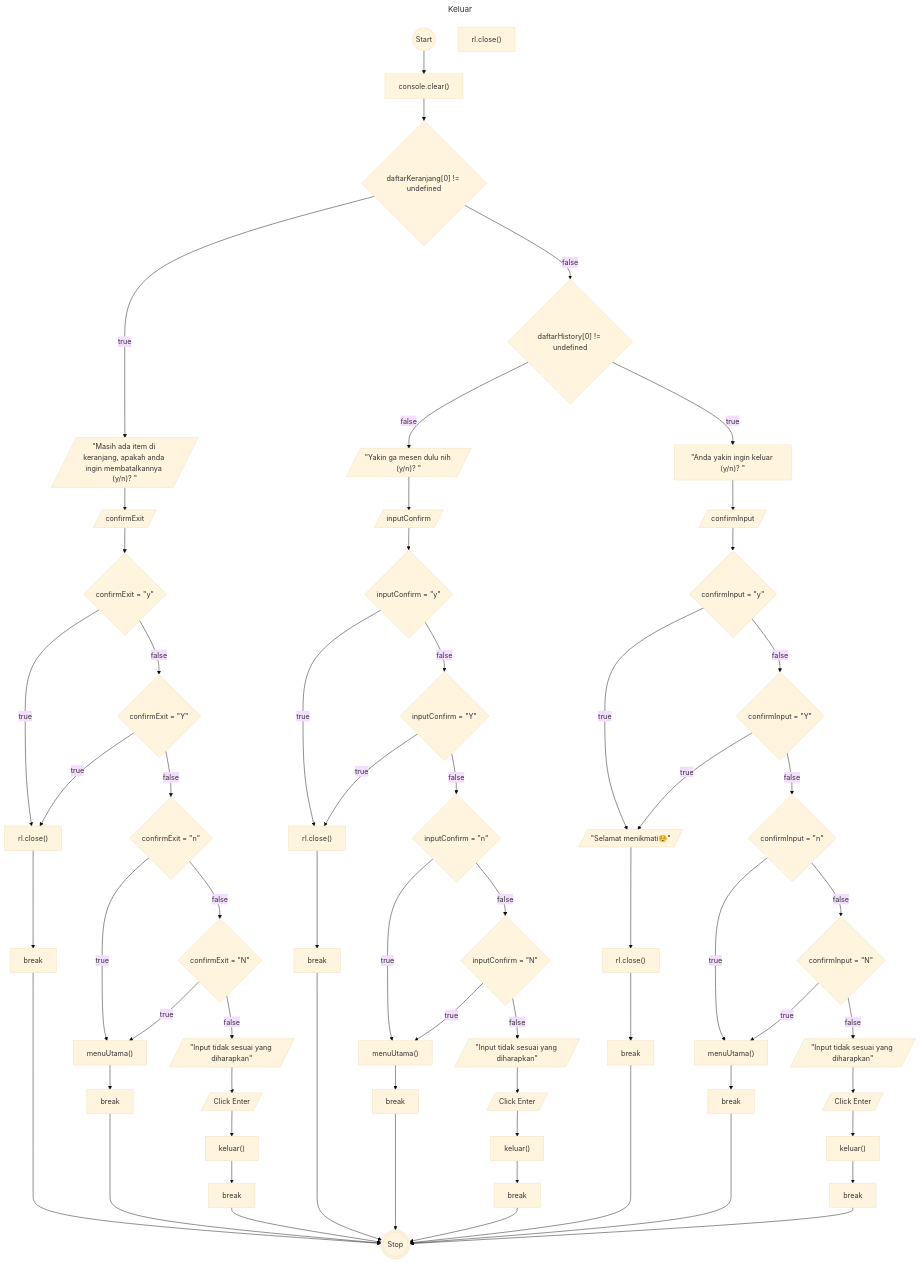
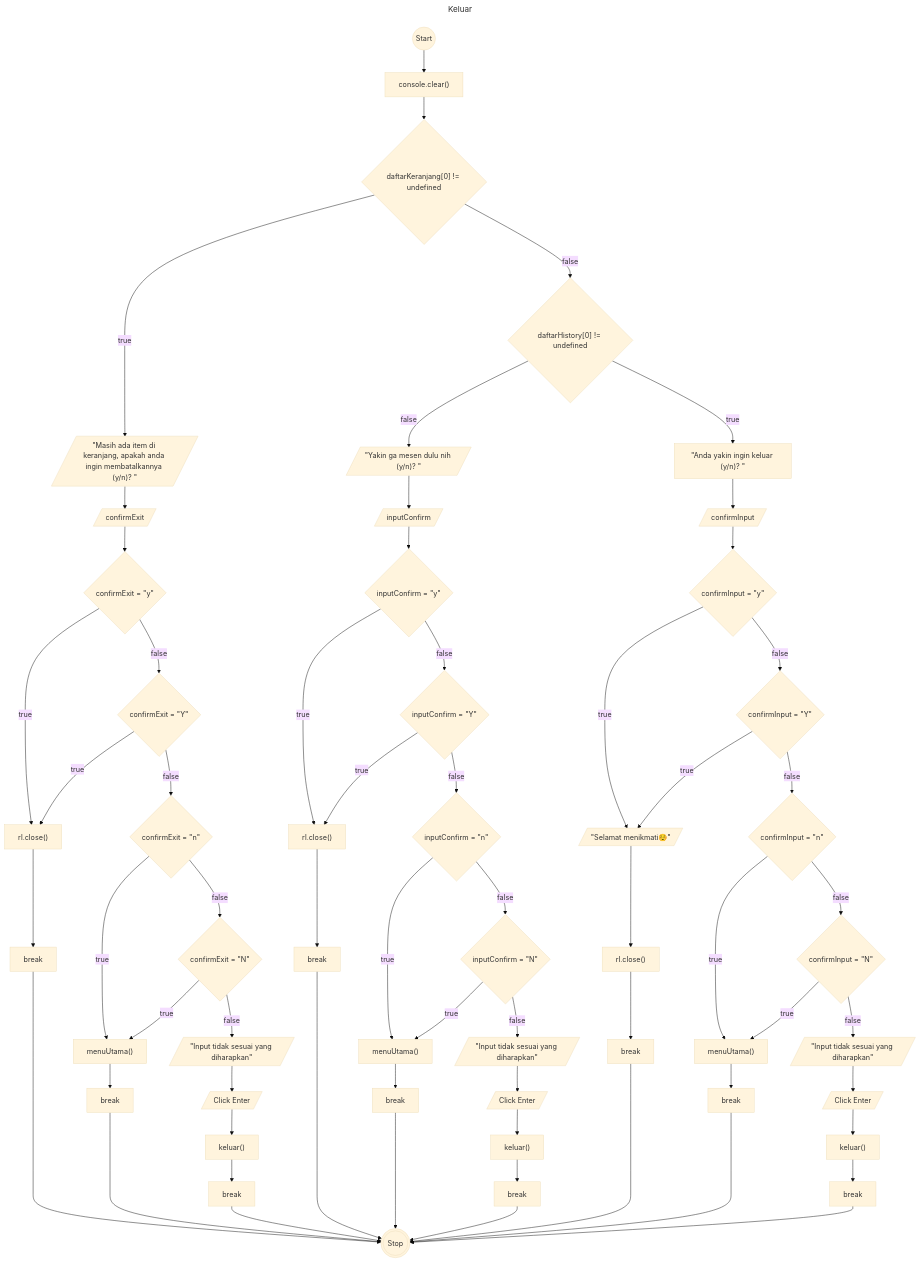
Before and after one commit to ItsnaMaulanaHasan/koda-b4-homework1: the diagram in flowchart-keluar.md, drawn with Mermaid (base theme).

Commit message:
update flowchart keluar

```diff
--- a/flowchart-keluar.md
+++ b/flowchart-keluar.md
@@ -38,7 +38,6 @@
     decis12@{shape: diamond, label: confirmInput = "Y"}
     decis13@{shape: diamond, label: confirmInput = "n"}
     decis14@{shape: diamond, label: confirmInput = "N"}
-    close4@{shape: rect, label: "rl.close()"}
     callMenuUtama3@{shape: rect, label: "menuUtama()"}
     outputError3@{shape: lean-r, label: '"Input tidak sesuai yang diharapkan"'}
     inputKosong3@{shape: lean-r, label: Click Enter}
```
